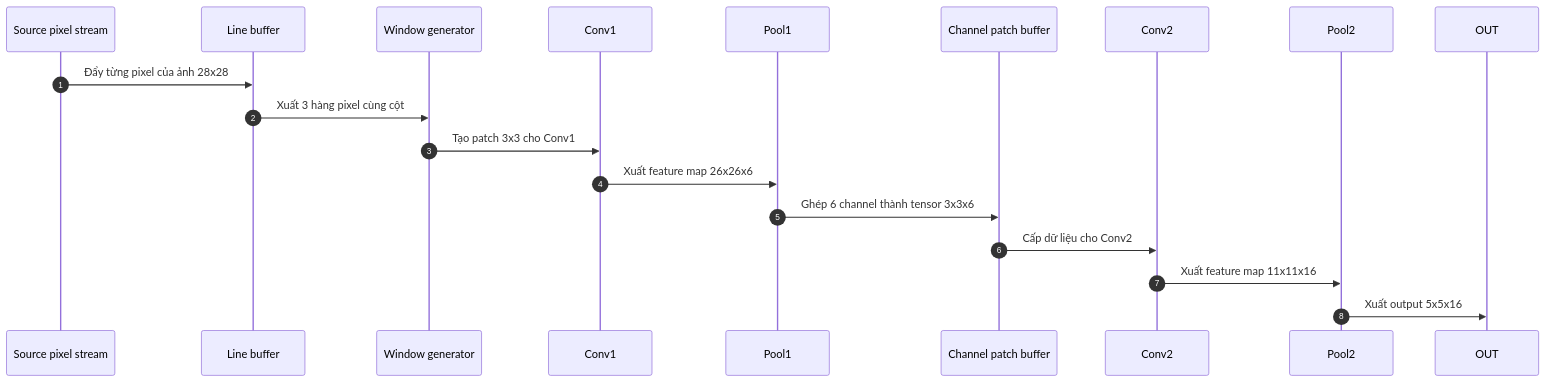
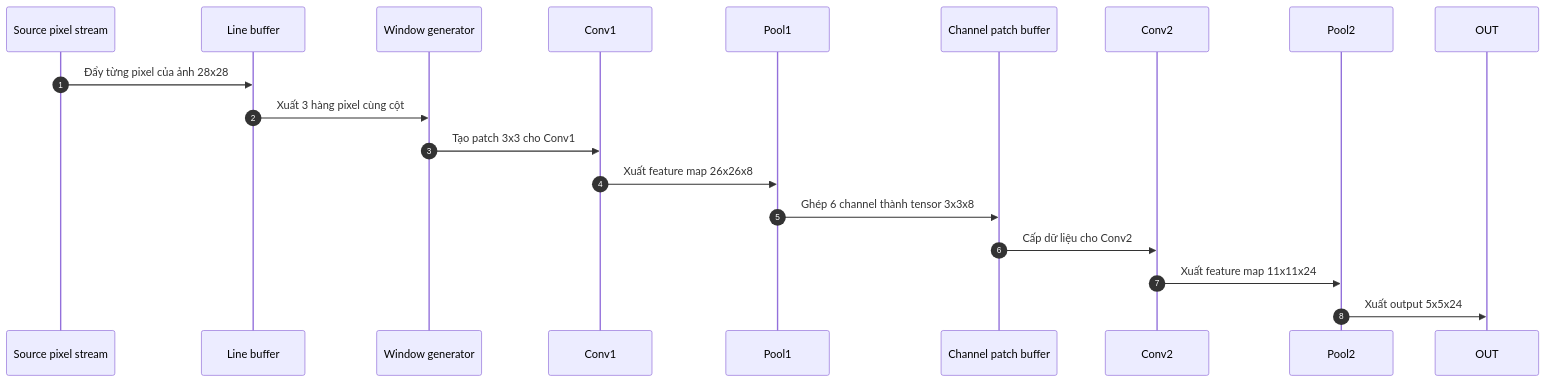
Before and after one commit to ThaoVVPTIT/Group4: the second of 4 diagrams in README.md, drawn with Mermaid. The commit also changed other lines of this file, not shown here.

````diff
--- a/README.md
+++ b/README.md
@@ -56,21 +56,21 @@
 ```mermaid
 sequenceDiagram
     autonumber
     participant S as Source pixel stream
     participant L as Line buffer
     participant W as Window generator
     participant C1 as Conv1
     participant P1 as Pool1
     participant B as Channel patch buffer
     participant C2 as Conv2
     participant P2 as Pool2
 
     S->>L: Đẩy từng pixel của ảnh 28x28
     L->>W: Xuất 3 hàng pixel cùng cột
     W->>C1: Tạo patch 3x3 cho Conv1
-    C1->>P1: Xuất feature map 26x26x6
-    P1->>B: Ghép 6 channel thành tensor 3x3x6
+    C1->>P1: Xuất feature map 26x26x8
+    P1->>B: Ghép 6 channel thành tensor 3x3x8
     B->>C2: Cấp dữ liệu cho Conv2
-    C2->>P2: Xuất feature map 11x11x16
-    P2->>OUT: Xuất output 5x5x16
+    C2->>P2: Xuất feature map 11x11x24
+    P2->>OUT: Xuất output 5x5x24
 ```
````
